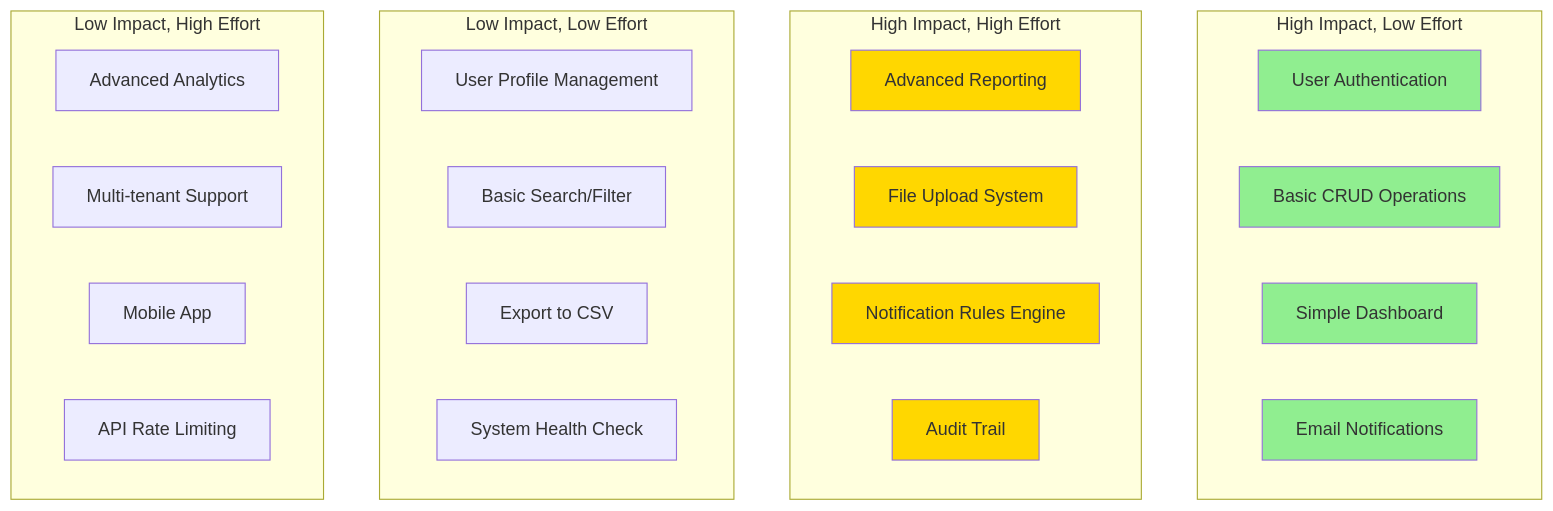
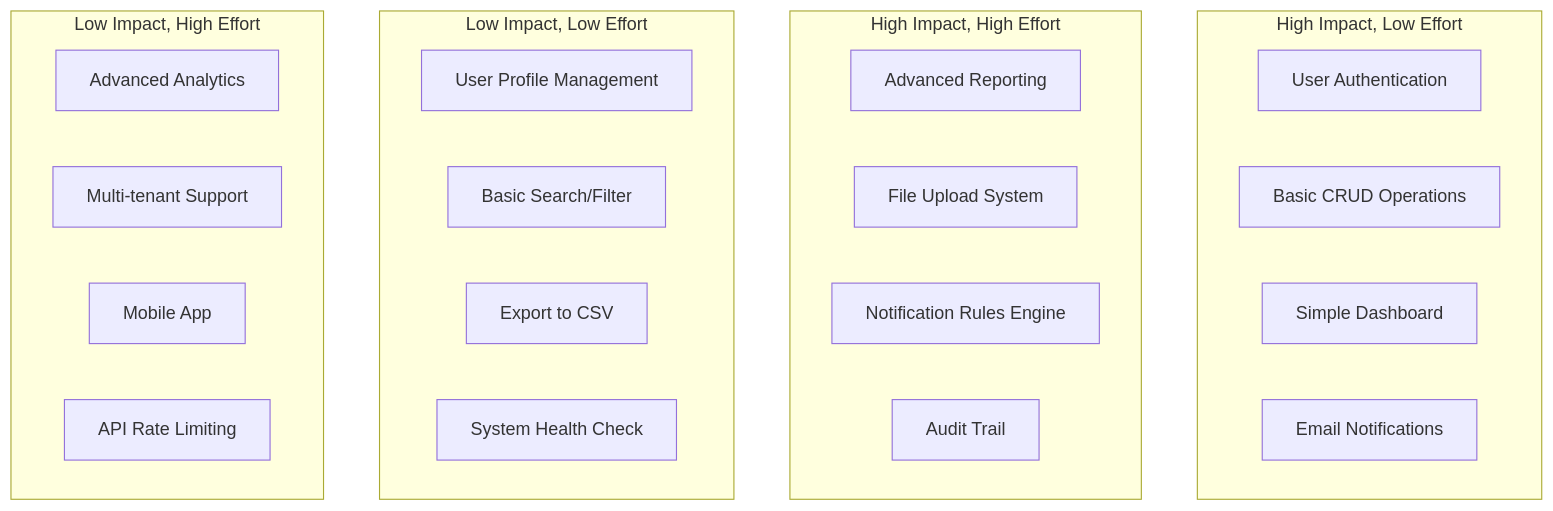
One commit to thotluna/CertiTracks changed the first of 2 diagrams in docs/mvp-development-plan.md. Above: the diagram before and after it, drawn with Mermaid. The commit also changed other lines of this file and 1 other file, not shown here.

````diff
--- a/docs/mvp-development-plan.md
+++ b/docs/mvp-development-plan.md
@@ -25,39 +25,32 @@
 ```mermaid
 graph TB
     subgraph "High Impact, Low Effort"
         A1[User Authentication]
         A2[Basic CRUD Operations]
         A3[Simple Dashboard]
         A4[Email Notifications]
     end
     
     subgraph "High Impact, High Effort"
         B1[Advanced Reporting]
         B2[File Upload System]
         B3[Notification Rules Engine]
         B4[Audit Trail]
     end
     
     subgraph "Low Impact, Low Effort"
         C1[User Profile Management]
         C2[Basic Search/Filter]
         C3[Export to CSV]
         C4[System Health Check]
     end
     
     subgraph "Low Impact, High Effort"
         D1[Advanced Analytics]
         D2[Multi-tenant Support]
         D3[Mobile App]
         D4[API Rate Limiting]
     end
     
-    style A1 fill:#90EE90
-    style A2 fill:#90EE90
-    style A3 fill:#90EE90
-    style A4 fill:#90EE90
-    style B1 fill:#FFD700
-    style B2 fill:#FFD700
-    style B3 fill:#FFD700
-    style B4 fill:#FFD700
+    
 ```
````
